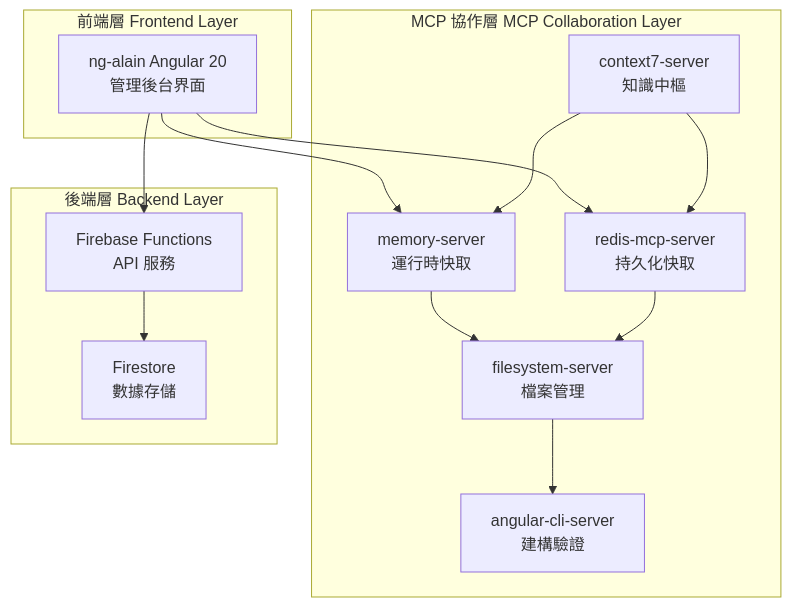
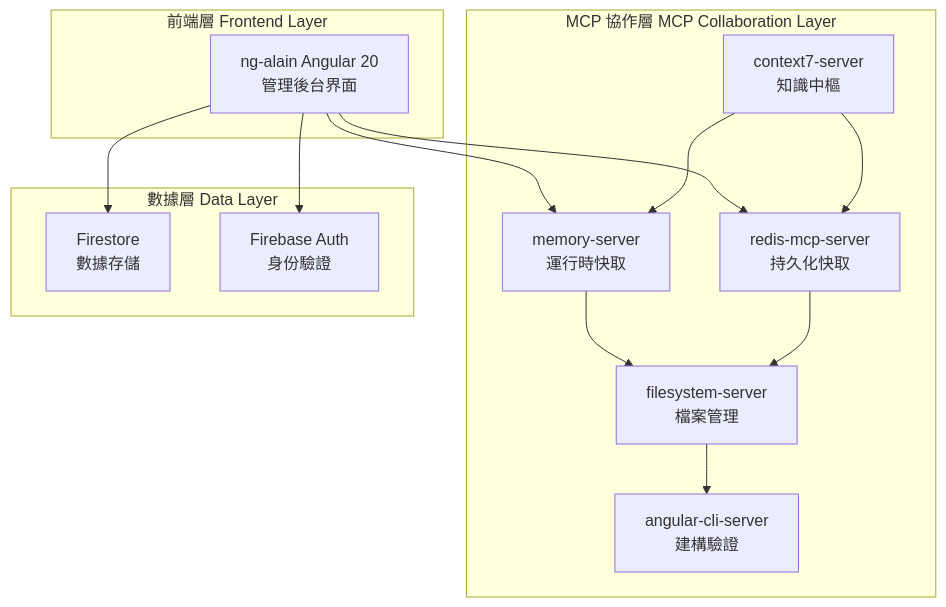
The diagram in .kiro/steering/architecture.md (ac484/work), drawn with Mermaid before and after one commit. The commit also changed other lines of this file and 8 other files, not shown here.

````diff
--- a/.kiro/steering/architecture.md
+++ b/.kiro/steering/architecture.md
@@ -11,29 +11,29 @@
 ```mermaid
 graph TB
     subgraph "前端層 Frontend Layer"
         NG[ng-alain Angular 20<br/>管理後台界面]
     end
 
     subgraph "MCP 協作層 MCP Collaboration Layer"
         C7[context7-server<br/>知識中樞]
         MEM[memory-server<br/>運行時快取]
         REDIS[redis-mcp-server<br/>持久化快取]
         FS[filesystem-server<br/>檔案管理]
         CLI[angular-cli-server<br/>建構驗證]
     end
 
-    subgraph "後端層 Backend Layer"
-        FB[Firebase Functions<br/>API 服務]
+    subgraph "數據層 Data Layer"
         DB[Firestore<br/>數據存儲]
+        AUTH[Firebase Auth<br/>身份驗證]
     end
 
     NG --> MEM
     NG --> REDIS
     C7 --> MEM
     C7 --> REDIS
     MEM --> FS
     REDIS --> FS
     FS --> CLI
-    NG --> FB
-    FB --> DB
+    NG --> DB
+    NG --> AUTH
 ```
````
